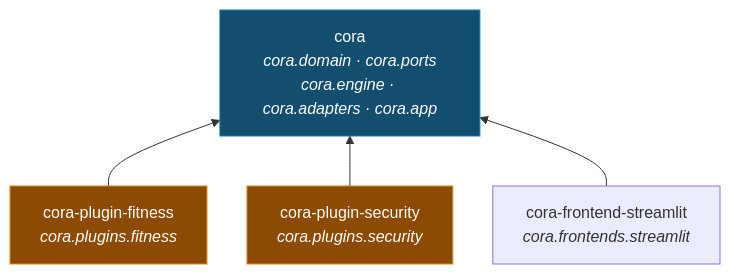
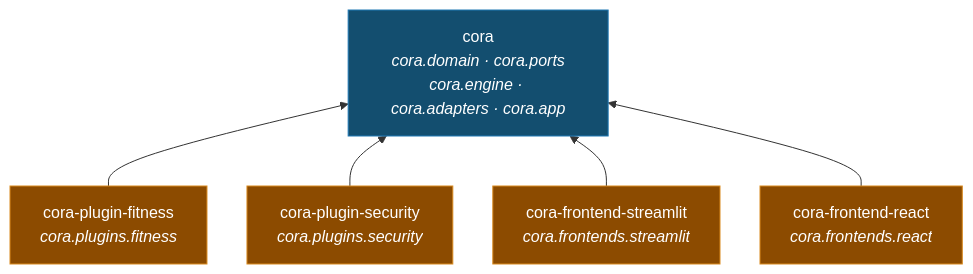
Before and after one commit to aschog/cora: the second of 2 diagrams in docs/big-picture.md, drawn with Mermaid. The commit also changed other lines of this file and 56 other files, not shown here.

````diff
--- a/docs/big-picture.md
+++ b/docs/big-picture.md
@@ -136,17 +136,20 @@
 ```mermaid
 %%{init: {"flowchart": {"nodeSpacing": 40, "rankSpacing": 50, "curve": "basis"}}}%%
 flowchart BT
   app["cora<br/><i>cora.domain · cora.ports</i><br/><i>cora.engine · cora.adapters · cora.app</i>"]
   fitness["cora-plugin-fitness<br/><i>cora.plugins.fitness</i>"]
   security["cora-plugin-security<br/><i>cora.plugins.security</i>"]
   shell["cora-frontend-streamlit<br/><i>cora.frontends.streamlit</i>"]
+  page["cora-frontend-react<br/><i>cora.frontends.react</i>"]
 
   fitness --> app
   security --> app
   shell --> app
+  page --> app
 
   classDef contract fill:#8c4b00,stroke:#d98a1f,color:#fff;
   classDef logic fill:#134e6f,stroke:#1f78b4,color:#fff;
   class app logic;
   class fitness,security contract;
+  class shell,page contract;
 ```
````
